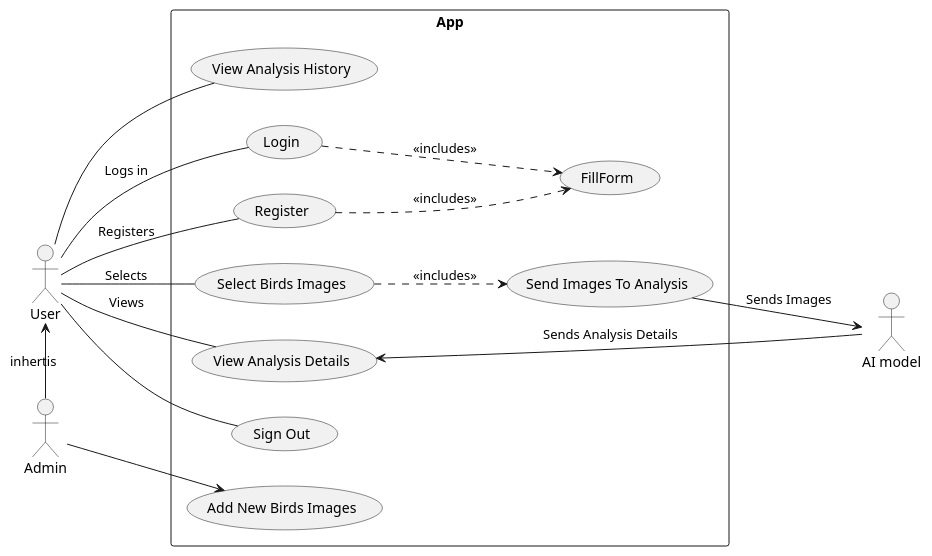
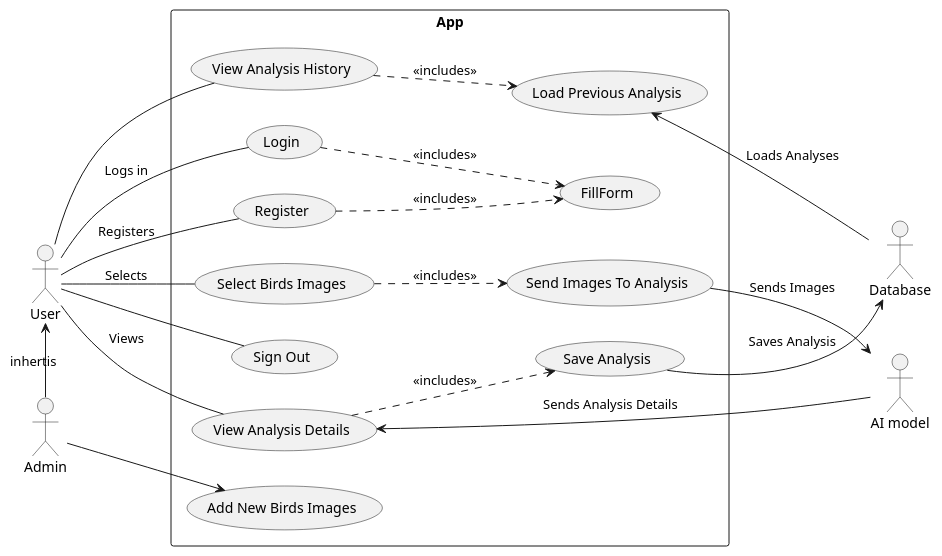
The diagram in UseCase.puml (ikolton/MOproject), drawn with PlantUML before and after one commit. The commit also changed 6 other files, not shown here.

Commit message:
Register and Login sequence

```diff
--- a/UseCase.puml
+++ b/UseCase.puml
@@ -1,48 +1,57 @@
 @startuml Use Case
 
 left to right direction
 actor User as U
 actor "AI model" as AI
 actor Admin as A
+actor Database as DB
 
 
 rectangle App {
     usecase (Send Images To Analysis) as ST
     usecase (FillForm) as FF
     usecase (Login) as L
     usecase (Register) as R
     usecase (Select Birds Images) as SBI
     usecase (Sign Out) as SO
     usecase (View Analysis Details) as VAD
     usecase (View Analysis History) as VAH
     usecase (Add New Birds Images) as ANBI
+    usecase (Load Previous Analysis) as LPA
+    usecase (Save Analysis) as SA
 
 
     U -- L : Logs in
     U -- R : Registers
     U -- SBI: Selects
     U -- SO
     U -- VAD: Views
     U -- VAH
 
 
     L ..> FF : <<includes>>
     R ..> FF : <<includes>>
 
 
     SBI ..> ST : <<includes>>
 
+    VAH ..> LPA : <<includes>>
+
+    VAD ..> SA : <<includes>>
 
 
 }
 
 AI <-up- ST : Sends Images
-AI -up-> VAD : Sends Analysis Details
+AI --> VAD : Sends Analysis Details
 
 'Admin inherits after user
 A -left-> U : inhertis
 
 A --> ANBI
 
+DB -up-> LPA : Loads Analyses
+DB <-left- SA : Saves Analysis
+
 
 @enduml
```
